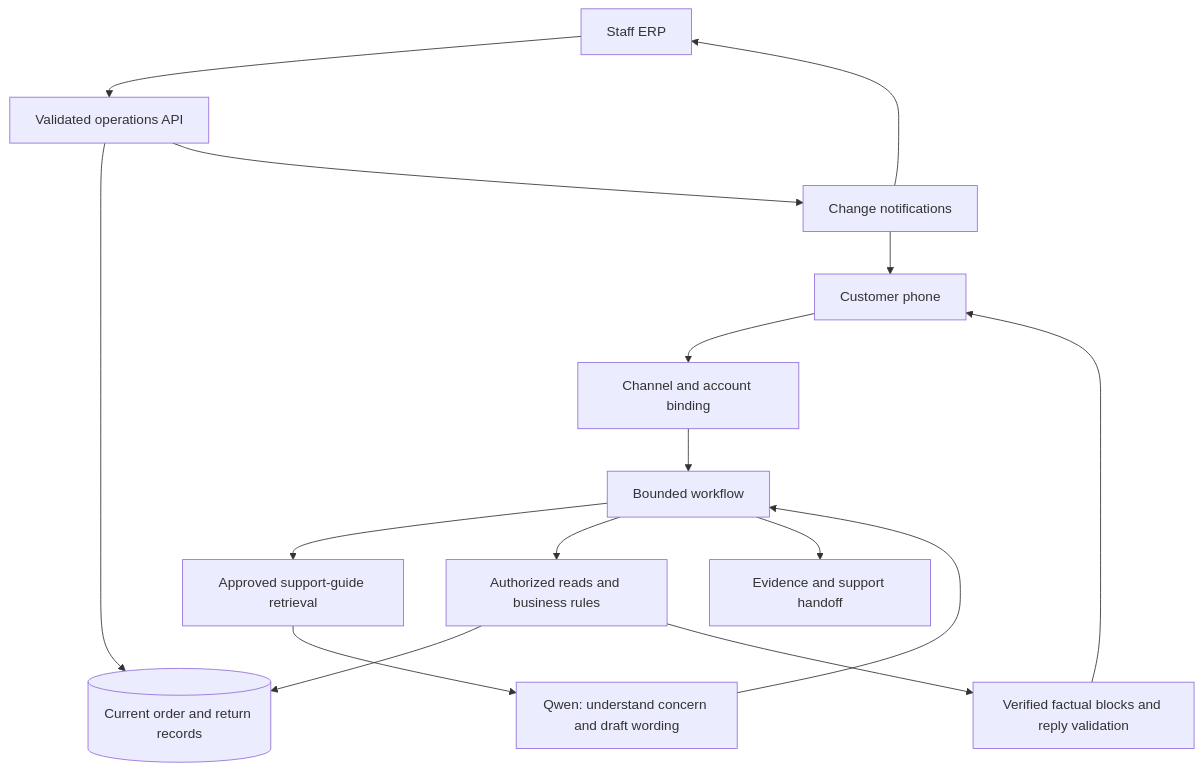
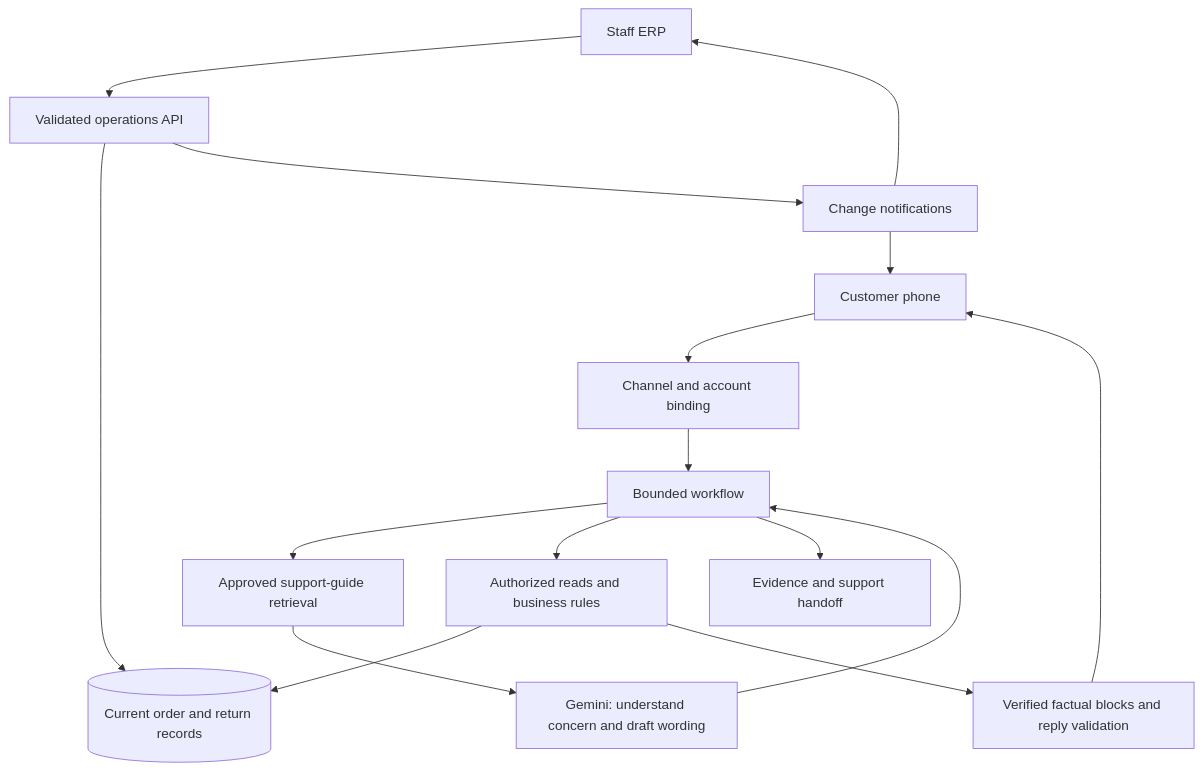
One commit to presish1/aim-retail-support changed the diagram in SYSTEM_GUIDE.md. Above: the diagram before and after it, drawn with Mermaid. The commit also changed other lines of this file and 37 other files, not shown here.

````diff
--- a/SYSTEM_GUIDE.md
+++ b/SYSTEM_GUIDE.md
@@ -55,18 +55,18 @@
 ```mermaid
 flowchart TD
     C[Customer phone] --> CH[Channel and account binding]
     CH --> W[Bounded workflow]
     W --> KB[Approved support-guide retrieval]
-    KB --> M[Qwen: understand concern and draft wording]
+    KB --> M[Gemini: understand concern and draft wording]
     M --> W
     W --> G[Authorized reads and business rules]
     G --> DB[(Current order and return records)]
     G --> R[Verified factual blocks and reply validation]
     R --> C
     A[Staff ERP] --> API[Validated operations API]
     API --> DB
     API --> S[Change notifications]
     S --> A
     S --> C
     W --> E[Evidence and support handoff]
 ```
````
